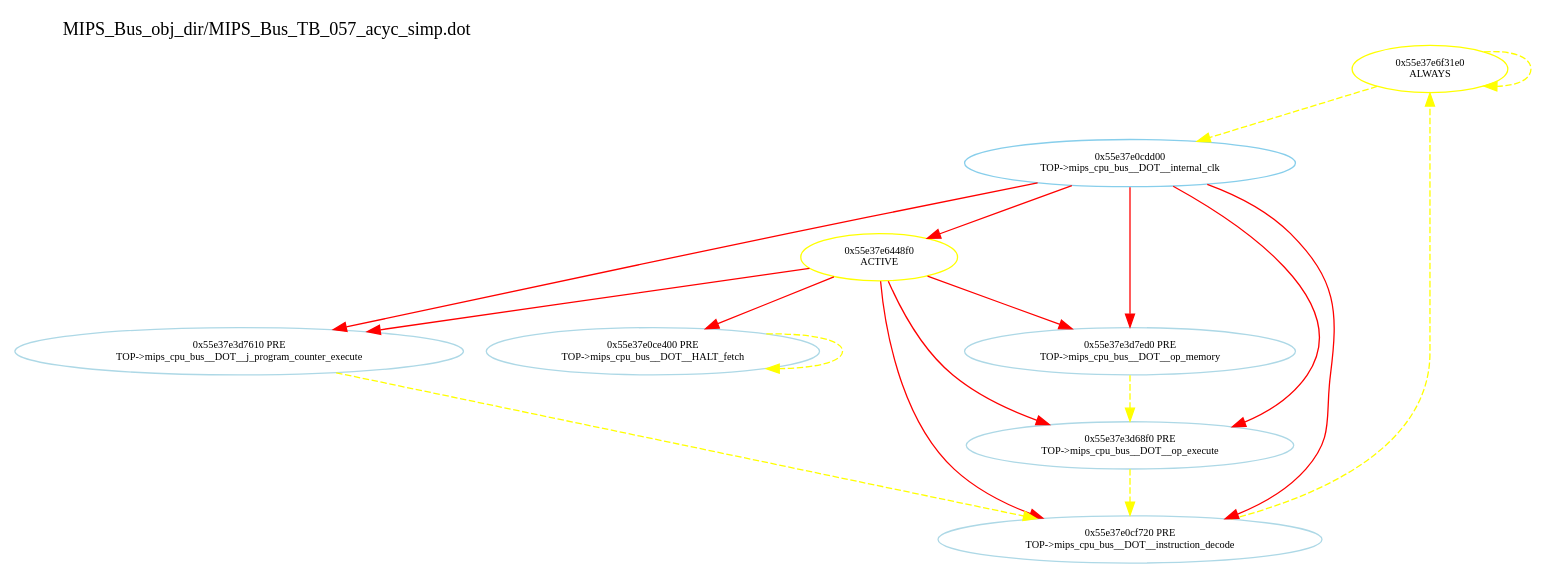
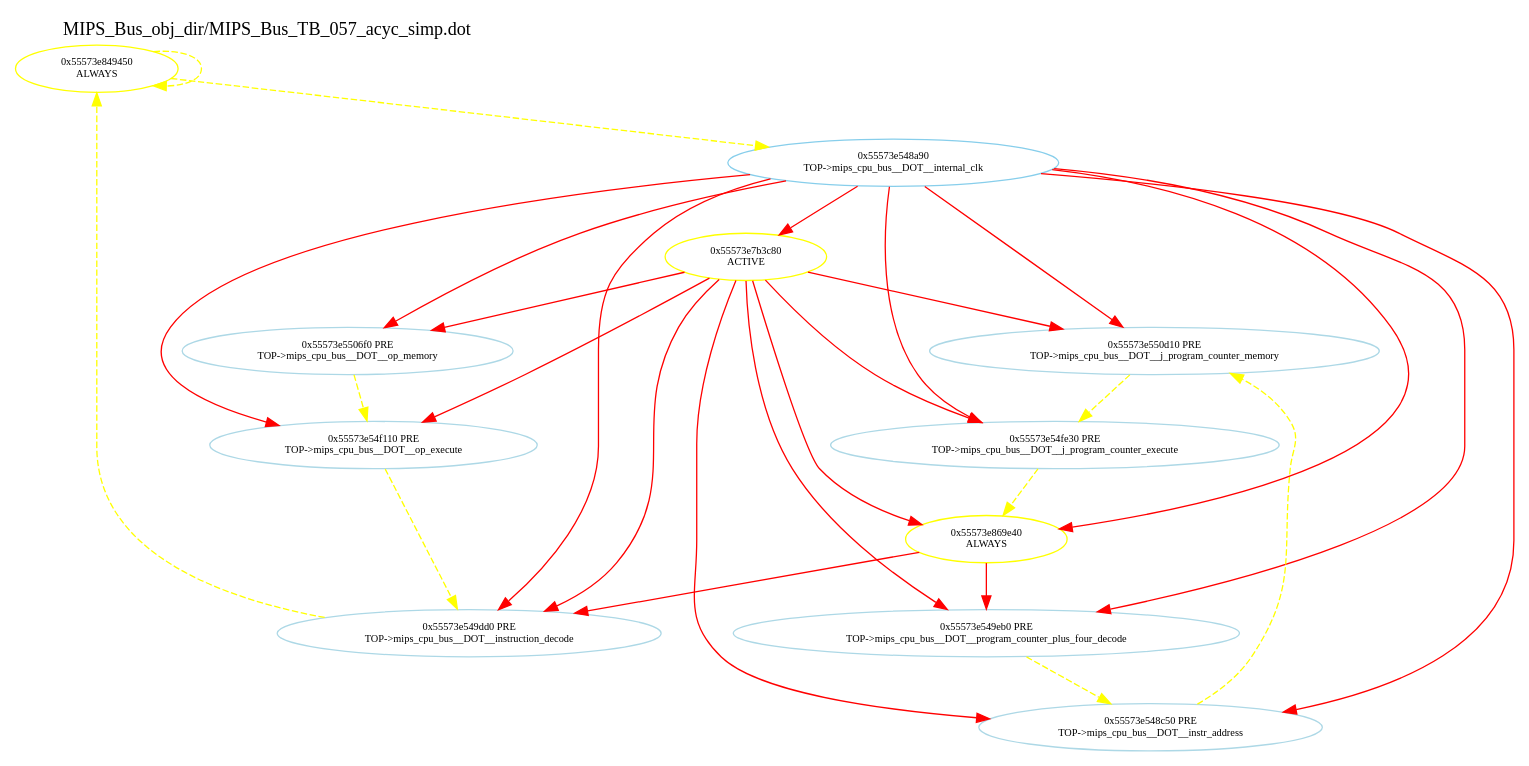
The diagram in unofficial/preliminary_testing/MIPS_Bus_obj_dir/MIPS_Bus_TB_057_acyc_simp.dot (jjlehner/MIPS_CPU_Project), drawn with Graphviz before and after one commit. The commit also changed 100 other files, not shown here.

```diff
--- a/unofficial/preliminary_testing/MIPS_Bus_obj_dir/MIPS_Bus_TB_057_acyc_simp.dot
+++ b/unofficial/preliminary_testing/MIPS_Bus_obj_dir/MIPS_Bus_TB_057_acyc_simp.dot
@@ -1,31 +1,45 @@
 digraph v3graph {
 	graph	[label="MIPS_Bus_obj_dir/MIPS_Bus_TB_057_acyc_simp.dot",
 		 labelloc=t, labeljust=l,
 		 //size="7.5,10",
 		 rankdir=TB];
-	n0	[fontsize=8 label="0x55e37e6f31e0\n ALWAYS", color=yellow];
-	n1	[fontsize=8 label="0x55e37e0cf720 PRE\n TOP->mips_cpu_bus__DOT__instruction_decode", color=lightblue];
-	n2	[fontsize=8 label="0x55e37e0cdd00\n TOP->mips_cpu_bus__DOT__internal_clk", color=skyblue];
-	n3	[fontsize=8 label="0x55e37e6448f0\n ACTIVE", color=yellow];
-	n4	[fontsize=8 label="0x55e37e0ce400 PRE\n TOP->mips_cpu_bus__DOT__HALT_fetch", color=lightblue];
-	n5	[fontsize=8 label="0x55e37e3d7610 PRE\n TOP->mips_cpu_bus__DOT__j_program_counter_execute", color=lightblue];
-	n6	[fontsize=8 label="0x55e37e3d68f0 PRE\n TOP->mips_cpu_bus__DOT__op_execute", color=lightblue];
-	n7	[fontsize=8 label="0x55e37e3d7ed0 PRE\n TOP->mips_cpu_bus__DOT__op_memory", color=lightblue];
-	n0 -> n2 [fontsize=8 label="" weight=1 color=yellow style=dashed];
-	n0 -> n0 [fontsize=8 label="" weight=6 color=yellow style=dashed];
-	n1 -> n0 [fontsize=8 label="" weight=3 color=yellow style=dashed];
-	n2 -> n3 [fontsize=8 label="" weight=8 color=red];
-	n2 -> n7 [fontsize=8 label="" weight=32 color=red];
-	n2 -> n6 [fontsize=8 label="" weight=32 color=red];
-	n2 -> n5 [fontsize=8 label="" weight=32 color=red];
-	n2 -> n1 [fontsize=8 label="" weight=32 color=red];
+	n0	[fontsize=8 label="0x55573e849450\n ALWAYS", color=yellow];
+	n1	[fontsize=8 label="0x55573e548a90\n TOP->mips_cpu_bus__DOT__internal_clk", color=skyblue];
+	n2	[fontsize=8 label="0x55573e549dd0 PRE\n TOP->mips_cpu_bus__DOT__instruction_decode", color=lightblue];
+	n3	[fontsize=8 label="0x55573e7b3c80\n ACTIVE", color=yellow];
+	n4	[fontsize=8 label="0x55573e550d10 PRE\n TOP->mips_cpu_bus__DOT__j_program_counter_memory", color=lightblue];
+	n5	[fontsize=8 label="0x55573e548c50 PRE\n TOP->mips_cpu_bus__DOT__instr_address", color=lightblue];
+	n6	[fontsize=8 label="0x55573e549eb0 PRE\n TOP->mips_cpu_bus__DOT__program_counter_plus_four_decode", color=lightblue];
+	n7	[fontsize=8 label="0x55573e869e40\n ALWAYS", color=yellow];
+	n8	[fontsize=8 label="0x55573e54fe30 PRE\n TOP->mips_cpu_bus__DOT__j_program_counter_execute", color=lightblue];
+	n9	[fontsize=8 label="0x55573e54f110 PRE\n TOP->mips_cpu_bus__DOT__op_execute", color=lightblue];
+	n10	[fontsize=8 label="0x55573e5506f0 PRE\n TOP->mips_cpu_bus__DOT__op_memory", color=lightblue];
+	n0 -> n0 [fontsize=8 label="" weight=3 color=yellow style=dashed];
+	n0 -> n1 [fontsize=8 label="" weight=1 color=yellow style=dashed];
+	n1 -> n3 [fontsize=8 label="" weight=8 color=red];
+	n1 -> n10 [fontsize=8 label="" weight=32 color=red];
+	n1 -> n9 [fontsize=8 label="" weight=32 color=red];
+	n1 -> n8 [fontsize=8 label="" weight=32 color=red];
+	n1 -> n7 [fontsize=8 label="" weight=32 color=red];
+	n1 -> n6 [fontsize=8 label="" weight=32 color=red];
+	n1 -> n2 [fontsize=8 label="" weight=32 color=red];
+	n1 -> n5 [fontsize=8 label="" weight=32 color=red];
+	n1 -> n4 [fontsize=8 label="" weight=32 color=red];
+	n2 -> n0 [fontsize=8 label="" weight=3 color=yellow style=dashed];
+	n3 -> n7 [fontsize=8 label="" weight=32 color=red];
 	n3 -> n4 [fontsize=8 label="" weight=32 color=red];
-	n3 -> n1 [fontsize=8 label="" weight=32 color=red];
 	n3 -> n5 [fontsize=8 label="" weight=32 color=red];
+	n3 -> n2 [fontsize=8 label="" weight=32 color=red];
 	n3 -> n6 [fontsize=8 label="" weight=32 color=red];
-	n3 -> n7 [fontsize=8 label="" weight=32 color=red];
-	n4 -> n4 [fontsize=8 label="" weight=3 color=yellow style=dashed];
-	n5 -> n1 [fontsize=8 label="" weight=3 color=yellow style=dashed];
-	n6 -> n1 [fontsize=8 label="" weight=3 color=yellow style=dashed];
-	n7 -> n6 [fontsize=8 label="" weight=3 color=yellow style=dashed];
+	n3 -> n8 [fontsize=8 label="" weight=32 color=red];
+	n3 -> n9 [fontsize=8 label="" weight=32 color=red];
+	n3 -> n10 [fontsize=8 label="" weight=32 color=red];
+	n4 -> n8 [fontsize=8 label="" weight=3 color=yellow style=dashed];
+	n5 -> n4 [fontsize=8 label="" weight=3 color=yellow style=dashed];
+	n6 -> n5 [fontsize=8 label="" weight=3 color=yellow style=dashed];
+	n7 -> n6 [fontsize=8 label="" weight=32 color=red];
+	n7 -> n2 [fontsize=8 label="" weight=32 color=red];
+	n8 -> n7 [fontsize=8 label="" weight=3 color=yellow style=dashed];
+	n9 -> n2 [fontsize=8 label="" weight=3 color=yellow style=dashed];
+	n10 -> n9 [fontsize=8 label="" weight=3 color=yellow style=dashed];
 }
```
